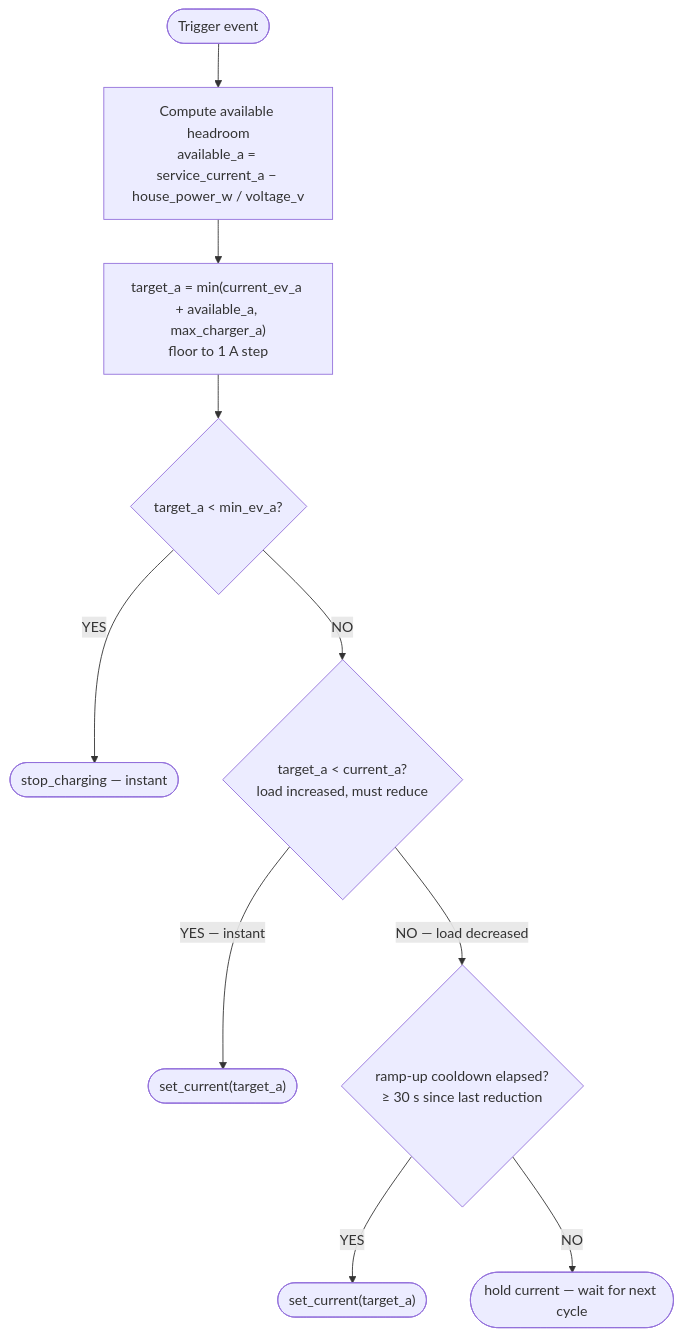
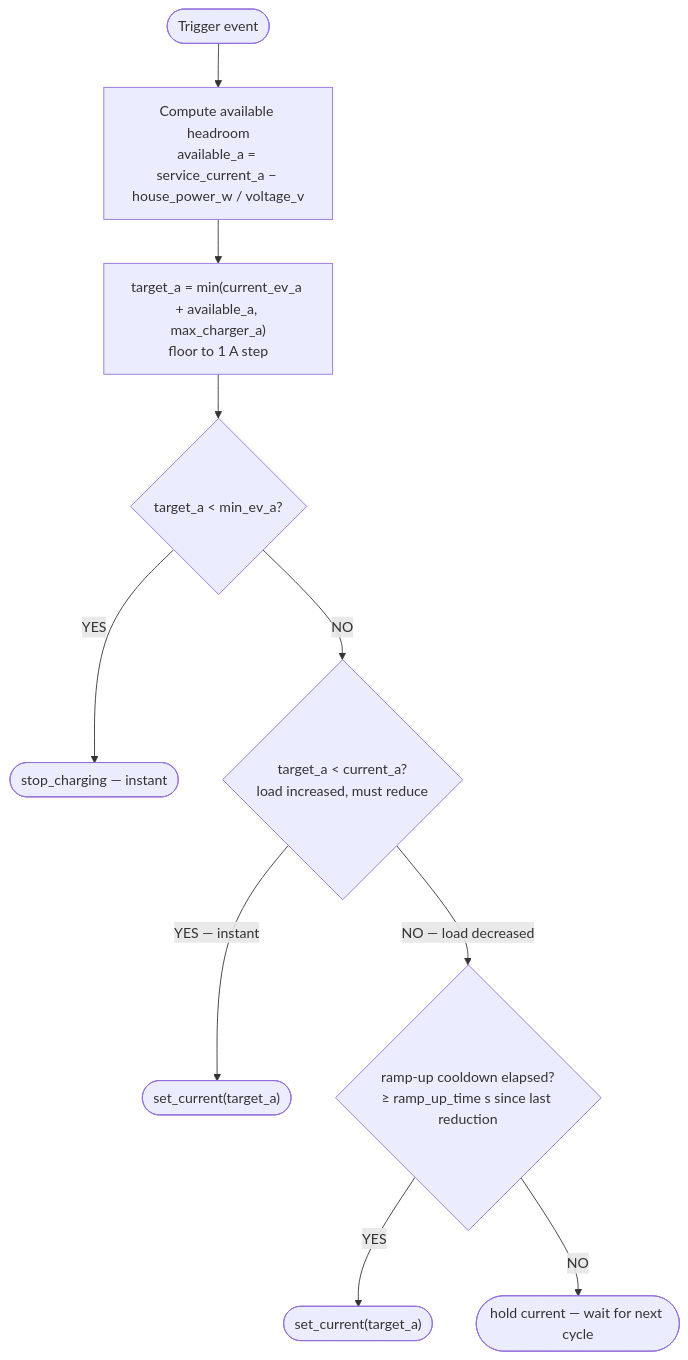
One commit to alexisml/ev-charger-load-balancing changed the first of 6 diagrams in docs/documentation/how-it-works.md. Above: the diagram before and after it, drawn with Mermaid. The commit also changed other lines of this file and 15 other files, not shown here.

Commit message:
feat: make ramp-up cooldown user-configurable (5–300 s) (#38)

````diff
--- a/docs/documentation/how-it-works.md
+++ b/docs/documentation/how-it-works.md
@@ -192,13 +193,13 @@
 ```mermaid
 flowchart TD
     A([Trigger event])
     A --> B["Compute available headroom<br/>available_a = service_current_a − house_power_w / voltage_v"]
     B --> C["target_a = min(current_ev_a + available_a, max_charger_a)<br/>floor to 1 A step"]
     C --> D{"target_a < min_ev_a?"}
     D -- YES --> E(["stop_charging — instant"])
     D -- NO --> F{"target_a < current_a?<br/>load increased, must reduce"}
     F -- "YES — instant" --> G(["set_current(target_a)"])
-    F -- "NO — load decreased" --> H{"ramp-up cooldown elapsed?<br/>≥ 30 s since last reduction"}
+    F -- "NO — load decreased" --> H{"ramp-up cooldown elapsed?<br/>≥ ramp_up_time s since last reduction"}
     H -- "YES" --> I(["set_current(target_a)"])
     H -- "NO" --> J(["hold current — wait for next cycle"])
 ```
````
